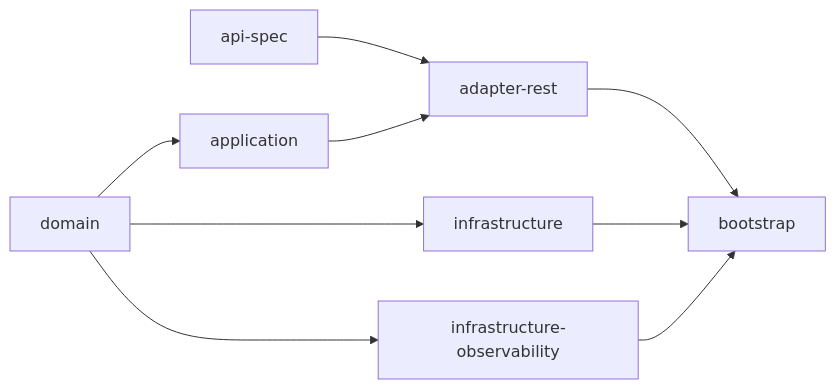
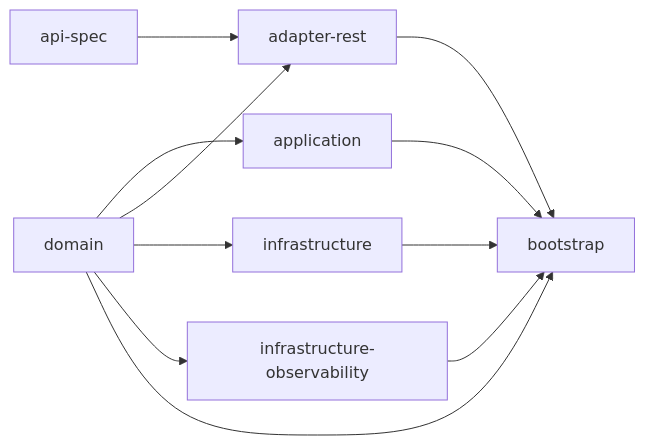
The first of 3 diagrams in README.md (JuanPabloJimenezEsclusa/product-sorter), drawn with Mermaid before and after one commit.

Commit message:
docs: change diagram graph

````diff
--- a/README.md
+++ b/README.md
@@ -53,8 +53,9 @@
 ```mermaid
 flowchart LR
     api-spec --> adapter-rest
-    domain --> application --> adapter-rest
+    domain --> application
+    domain --> adapter-rest
     domain --> infrastructure
     domain --> infrastructure-observability
-    adapter-rest & infrastructure & infrastructure-observability --> bootstrap
+  domain & application & adapter-rest & infrastructure & infrastructure-observability --> bootstrap
 ```
````
